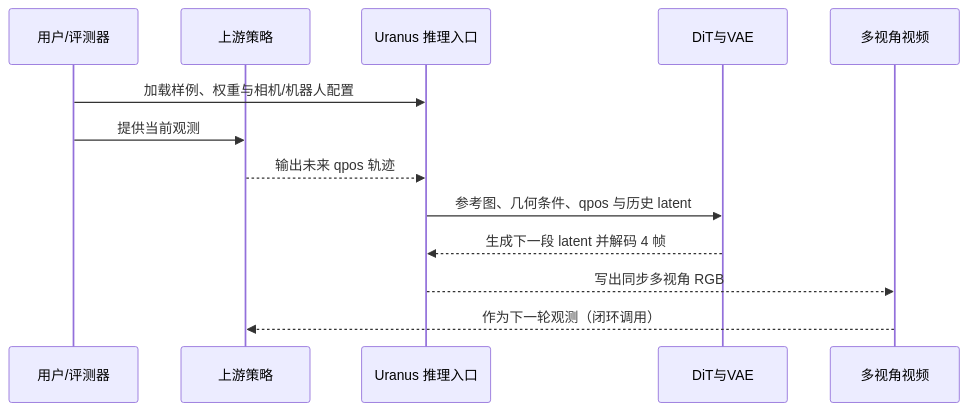
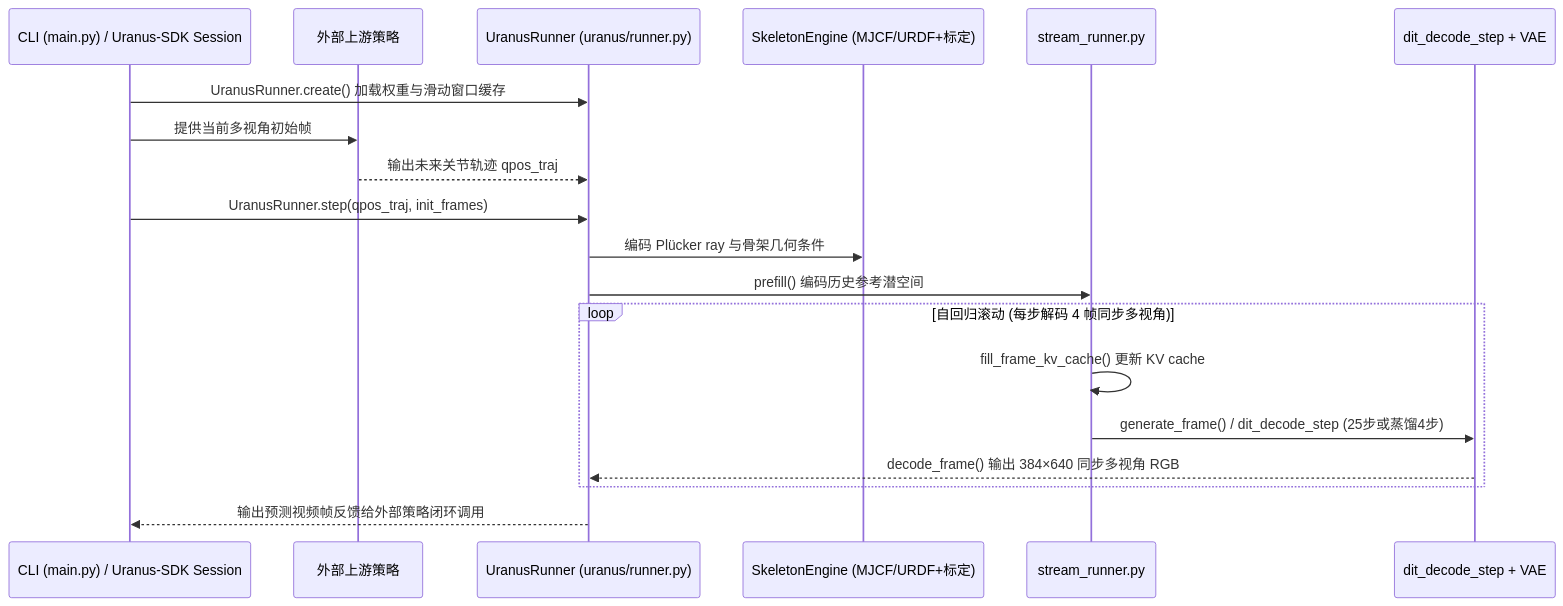
Before and after one commit to ImChong/Robotics_Notebooks: the second of 2 diagrams in wiki/entities/paper-uranus.md, drawn with Mermaid. The commit also changed other lines of this file and 30 other files, not shown here.

````diff
--- a/wiki/entities/paper-uranus.md
+++ b/wiki/entities/paper-uranus.md
@@ -70,15 +77,22 @@
 ```mermaid
 sequenceDiagram
-  participant User as 用户/评测器
-  participant Policy as 上游策略
-  participant Runner as Uranus 推理入口
-  participant Model as DiT与VAE
-  participant Output as 多视角视频
-  User->>Runner: 加载样例、权重与相机/机器人配置
-  User->>Policy: 提供当前观测
-  Policy-->>Runner: 输出未来 qpos 轨迹
-  Runner->>Model: 参考图、几何条件、qpos 与历史 latent
-  Model-->>Runner: 生成下一段 latent 并解码 4 帧
-  Runner-->>Output: 写出同步多视角 RGB
-  Output-->>Policy: 作为下一轮观测（闭环调用）
+  participant User as CLI (main.py) / Uranus-SDK Session
+  participant Policy as 外部上游策略
+  participant Runner as UranusRunner (uranus/runner.py)
+  participant Skel as SkeletonEngine (MJCF/URDF+标定)
+  participant Stream as stream_runner.py
+  participant DiT as dit_decode_step + VAE
+
+  User->>Runner: UranusRunner.create() 加载权重与滑动窗口缓存
+  User->>Policy: 提供当前多视角初始帧
+  Policy-->>Runner: 输出未来关节轨迹 qpos_traj
+  User->>Runner: UranusRunner.step(qpos_traj, init_frames)
+  Runner->>Skel: 编码 Plücker ray 与骨架几何条件
+  Runner->>Stream: prefill() 编码历史参考潜空间
+  loop 自回归滚动 (每步解码 4 帧同步多视角)
+    Stream->>Stream: fill_frame_kv_cache() 更新 KV cache
+    Stream->>DiT: generate_frame() / dit_decode_step (25步或蒸馏4步)
+    DiT-->>Runner: decode_frame() 输出 384×640 同步多视角 RGB
+  end
+  Runner-->>User: 输出预测视频帧反馈给外部策略闭环调用
 ```
````
